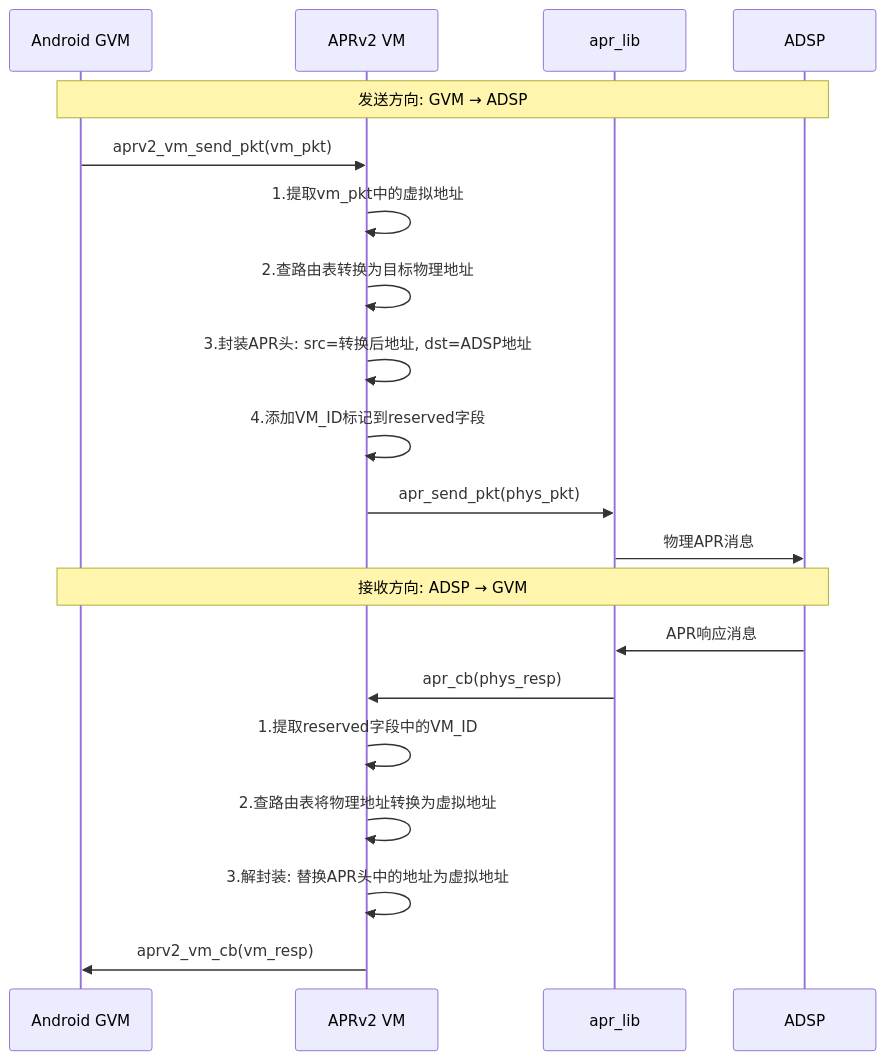
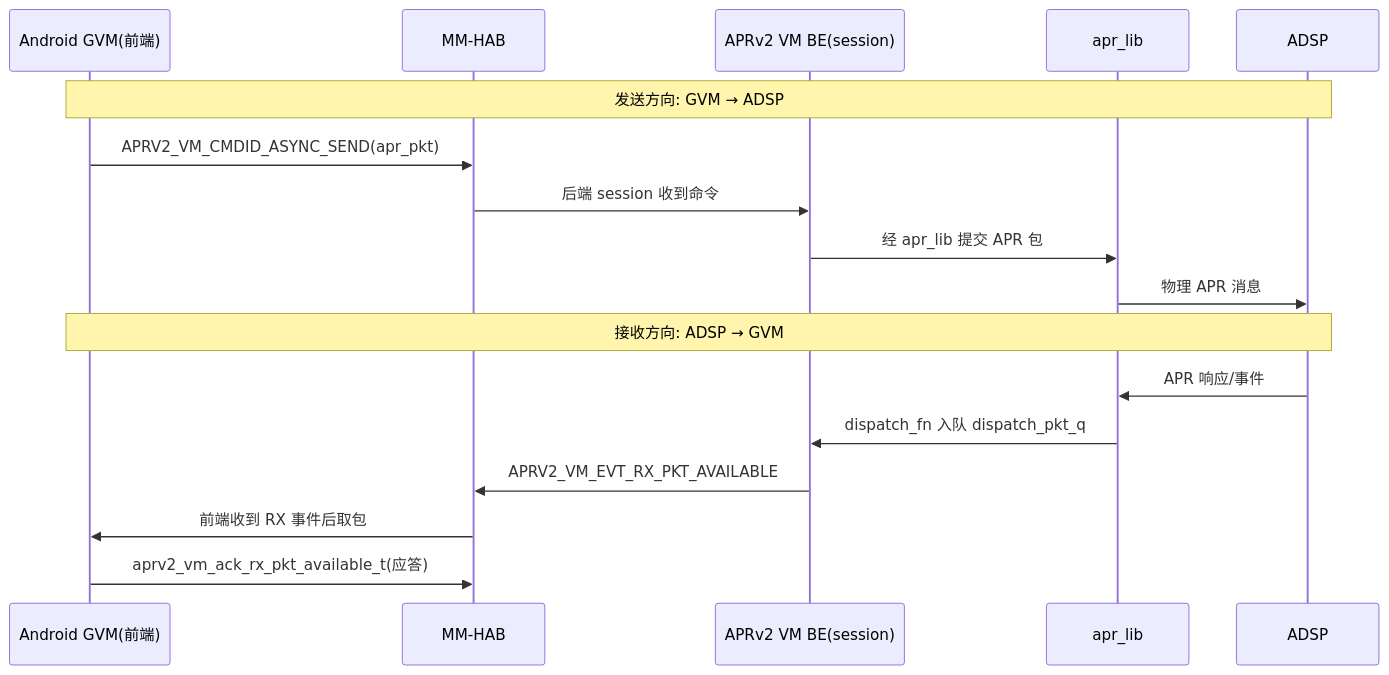
The seventh of 10 diagrams in 16_Vendor_QNX_Architecture/16_16.16_QNX_audio_driver_vm_VM音频驱动层.md (yanglinzhen1022/SA8295_AAOS_QNX_Audio_KnowledgeBase), drawn with Mermaid before and after one commit. The commit also changed other lines of this file and 48 other files, not shown here.

````diff
--- a/16_Vendor_QNX_Architecture/16_16.16_QNX_audio_driver_vm_VM音频驱动层.md
+++ b/16_Vendor_QNX_Architecture/16_16.16_QNX_audio_driver_vm_VM音频驱动层.md
@@ -420,24 +447,21 @@
 ```mermaid
 sequenceDiagram
-    participant GVM as Android GVM
-    participant APR_VM as APRv2 VM
+    participant GVM as Android GVM(前端)
+    participant HAB as MM-HAB
+    participant APR_VM as APRv2 VM BE(session)
     participant APR_LIB as apr_lib
     participant ADSP as ADSP
 
     Note over GVM,ADSP: 发送方向: GVM → ADSP
-    GVM->>APR_VM: aprv2_vm_send_pkt(vm_pkt)
-    APR_VM->>APR_VM: 1.提取vm_pkt中的虚拟地址
-    APR_VM->>APR_VM: 2.查路由表转换为目标物理地址
-    APR_VM->>APR_VM: 3.封装APR头: src=转换后地址, dst=ADSP地址
-    APR_VM->>APR_VM: 4.添加VM_ID标记到reserved字段
-    APR_VM->>APR_LIB: apr_send_pkt(phys_pkt)
-    APR_LIB->>ADSP: 物理APR消息
+    GVM->>HAB: APRV2_VM_CMDID_ASYNC_SEND(apr_pkt)
+    HAB->>APR_VM: 后端 session 收到命令
+    APR_VM->>APR_LIB: 经 apr_lib 提交 APR 包
+    APR_LIB->>ADSP: 物理 APR 消息
 
     Note over GVM,ADSP: 接收方向: ADSP → GVM
-    ADSP->>APR_LIB: APR响应消息
-    APR_LIB->>APR_VM: apr_cb(phys_resp)
-    APR_VM->>APR_VM: 1.提取reserved字段中的VM_ID
-    APR_VM->>APR_VM: 2.查路由表将物理地址转换为虚拟地址
-    APR_VM->>APR_VM: 3.解封装: 替换APR头中的地址为虚拟地址
-    APR_VM->>GVM: aprv2_vm_cb(vm_resp)
+    ADSP->>APR_LIB: APR 响应/事件
+    APR_LIB->>APR_VM: dispatch_fn 入队 dispatch_pkt_q
+    APR_VM->>HAB: APRV2_VM_EVT_RX_PKT_AVAILABLE
+    HAB->>GVM: 前端收到 RX 事件后取包
+    GVM->>HAB: aprv2_vm_ack_rx_pkt_available_t(应答)
 ```
````
